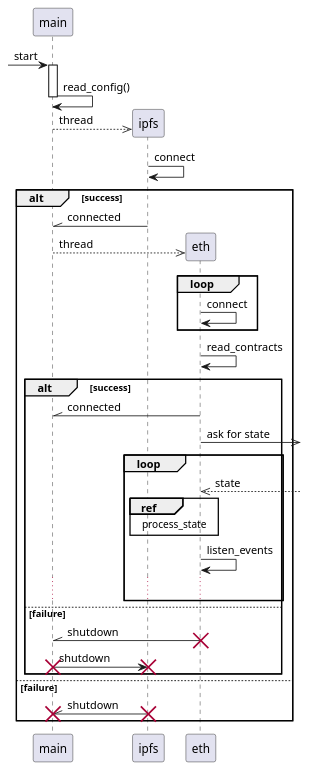
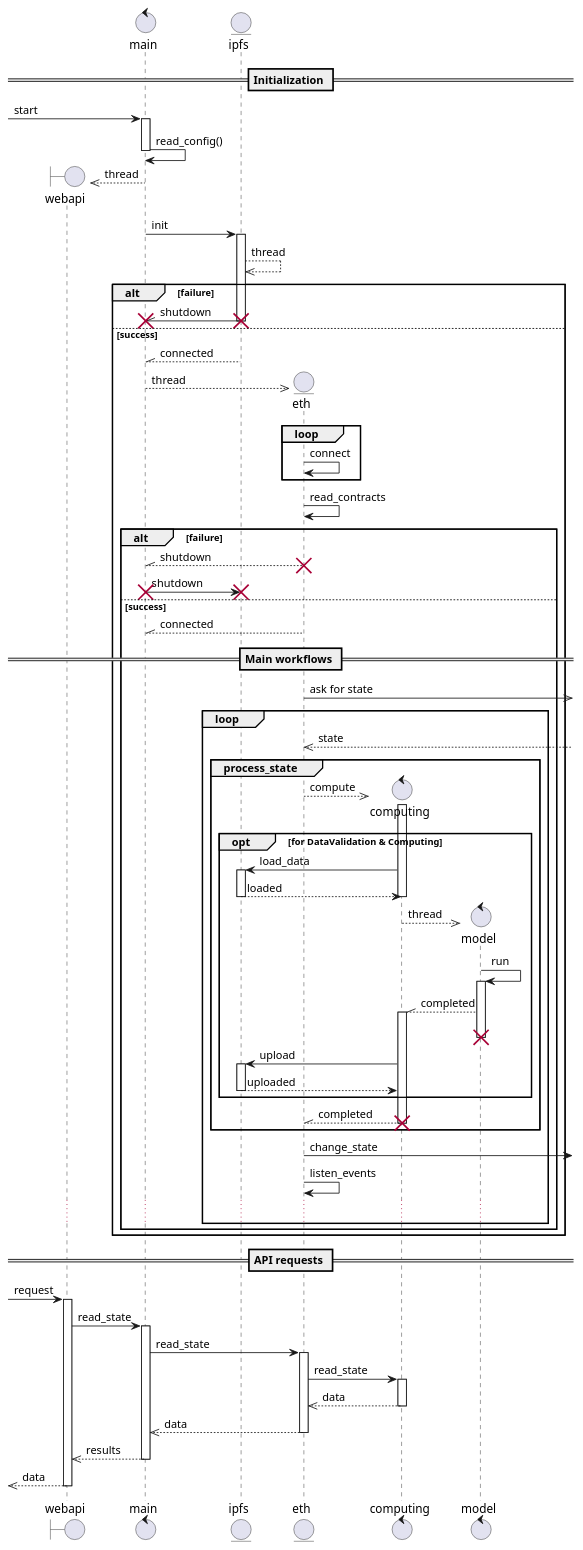
One commit to pandoraboxchain/pyrrha-pyndora changed the diagram in docs/workflow.puml. Above: the diagram before and after it, drawn with PlantUML. The commit also changed 5 other files, not shown here.

Commit message:
UML diagrams for states, updated workflows

```diff
--- a/docs/workflow.puml
+++ b/docs/workflow.puml
@@ -1,46 +1,104 @@
 @startuml
 
-participant main
+boundary webapi
+control main
+entity ipfs
+
+== Initialization ==
 
 [-> main: start
 activate main
 main -> main: read_config()
 deactivate main
 
-create participant ipfs
-main -->> ipfs: thread
-ipfs -> ipfs: connect
-alt success
-    ipfs -\\ main: connected
+create webapi
+main -->> webapi: thread
 
-    create participant eth
+main -> ipfs: init
+activate ipfs
+ipfs -->> ipfs: thread
+alt failure
+    ipfs -\\ main: shutdown
+    destroy ipfs
+    destroy main
+
+else success
+    ipfs --\\ main: connected
+    deactivate ipfs
+
+    create entity eth
     main -->> eth: thread
     loop
         eth -> eth: connect
     end
     eth -> eth: read_contracts
-    alt success
-        eth -\\ main: connected
-        eth ->>]: ask for state
-        loop
-            eth <<--]: state
-            ref over eth, ipfs
-                process_state
-            end
-            eth -> eth: listen_events
-            ...
-        end
-    else failure
-        eth -\\ main: shutdown
+
+    alt failure
+        eth --\\ main: shutdown
         destroy eth
         main -> ipfs: shutdown
         destroy ipfs
         destroy main
+
+    else success
+        eth --\\ main: connected
+
+== Main workflows ==
+
+        eth ->>]: ask for state
+        loop
+            eth <<--]: state
+            group process_state
+                create control computing
+                eth -->> computing: compute
+                activate computing
+                opt for DataValidation & Computing
+                    computing -> ipfs: load_data
+                    activate ipfs
+                    ipfs --> computing: loaded
+                    deactivate ipfs
+                    deactivate computing
+                    create control model
+                    computing -->> model: thread
+                    model -> model: run
+                    activate model
+                    model --\\ computing: completed
+                    activate computing
+                    deactivate model
+                    destroy model
+                    computing -> ipfs: upload
+                    activate ipfs
+                    ipfs --> computing: uploaded
+                    deactivate ipfs
+                end
+                computing --\\ eth: completed
+                deactivate computing
+                destroy computing
+            end
+            eth ->]: change_state
+            eth -> eth: listen_events
+            ...
+        end
     end
-else failure
-    ipfs -\\ main: shutdown
-    destroy ipfs
-    destroy main
 end
 
+== API requests ==
+
+[-> webapi: request
+activate webapi
+webapi -> main: read_state
+activate main
+main -> eth: read_state
+activate eth
+eth -> computing: read_state
+activate computing
+computing -->> eth: data
+deactivate computing
+eth -->> main: data
+deactivate eth
+main -->> webapi: results
+deactivate main
+[<<-- webapi: data
+deactivate webapi
+
 @enduml
```
